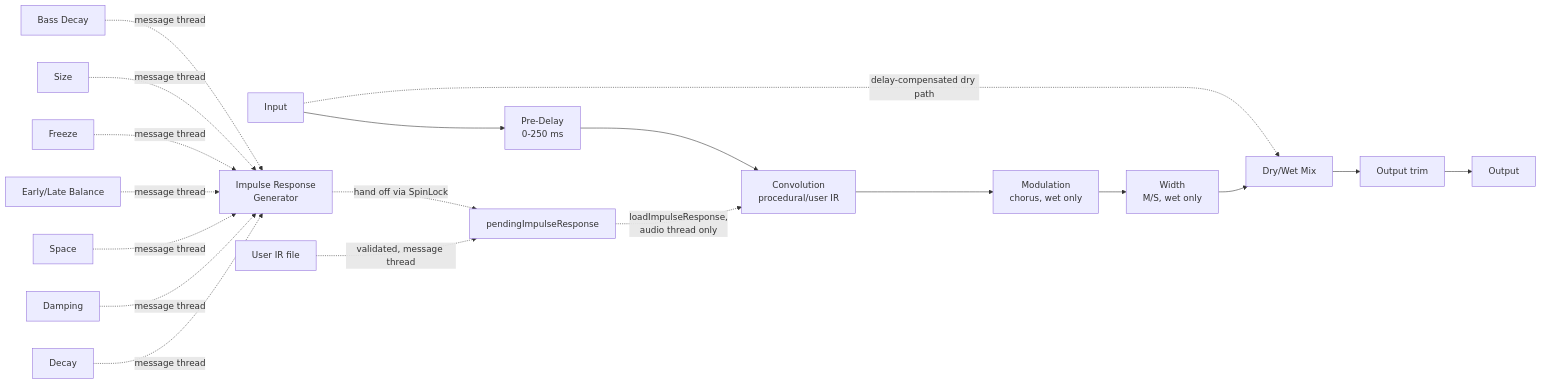
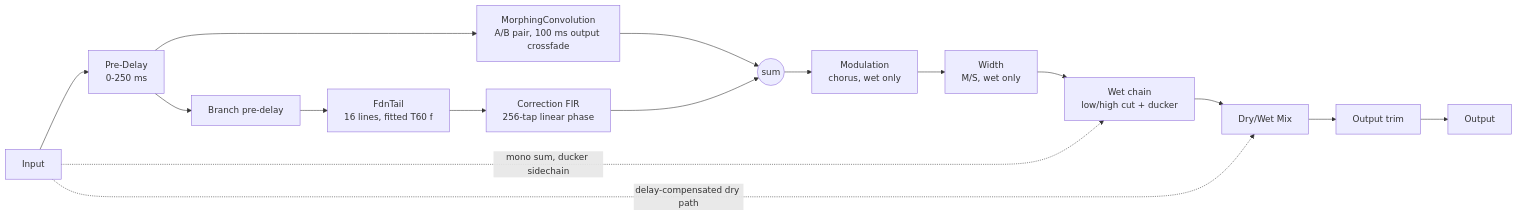
The first of 2 diagrams in docs/architecture.md (basilica-audio/Requiem), drawn with Mermaid before and after one commit. The commit also changed other lines of this file and 3 other files, not shown here.

````diff
--- a/docs/architecture.md
+++ b/docs/architecture.md
@@ -5,22 +5,18 @@
 ```mermaid
 flowchart LR
     IN[Input] --> PD[Pre-Delay<br/>0-250 ms]
-    PD --> CONV[Convolution<br/>procedural/user IR]
-    CONV --> MOD[Modulation<br/>chorus, wet only]
+    PD --> MORPH[MorphingConvolution<br/>A/B pair, 100 ms output crossfade]
+    PD --> BRANCH[Branch pre-delay]
+    BRANCH --> FDN[FdnTail<br/>16 lines, fitted T60 f]
+    FDN --> CFIR[Correction FIR<br/>256-tap linear phase]
+    MORPH --> SUM((sum))
+    CFIR --> SUM
+    SUM --> MOD[Modulation<br/>chorus, wet only]
     MOD --> WIDTH[Width<br/>M/S, wet only]
-    WIDTH --> MIX[Dry/Wet Mix]
+    WIDTH --> WET[Wet chain<br/>low/high cut + ducker]
+    WET --> MIX[Dry/Wet Mix]
     IN -.->|delay-compensated dry path| MIX
+    IN -.->|mono sum, ducker sidechain| WET
     MIX --> OUT_GAIN[Output trim]
     OUT_GAIN --> OUT[Output]
-
-    DECAY[Decay] -.->|message thread| IRGEN[Impulse Response<br/>Generator]
-    DAMPING[Damping] -.->|message thread| IRGEN
-    SPACE[Space] -.->|message thread| IRGEN
-    BALANCE[Early/Late Balance] -.->|message thread| IRGEN
-    FREEZE[Freeze] -.->|message thread| IRGEN
-    SIZE[Size] -.->|message thread| IRGEN
-    BASSDECAY[Bass Decay] -.->|message thread| IRGEN
-    IRGEN -.->|hand off via SpinLock| PENDING[pendingImpulseResponse]
-    PENDING -.->|loadImpulseResponse,<br/>audio thread only| CONV
-    USERIR[User IR file] -.->|validated, message thread| PENDING
 ```
````
